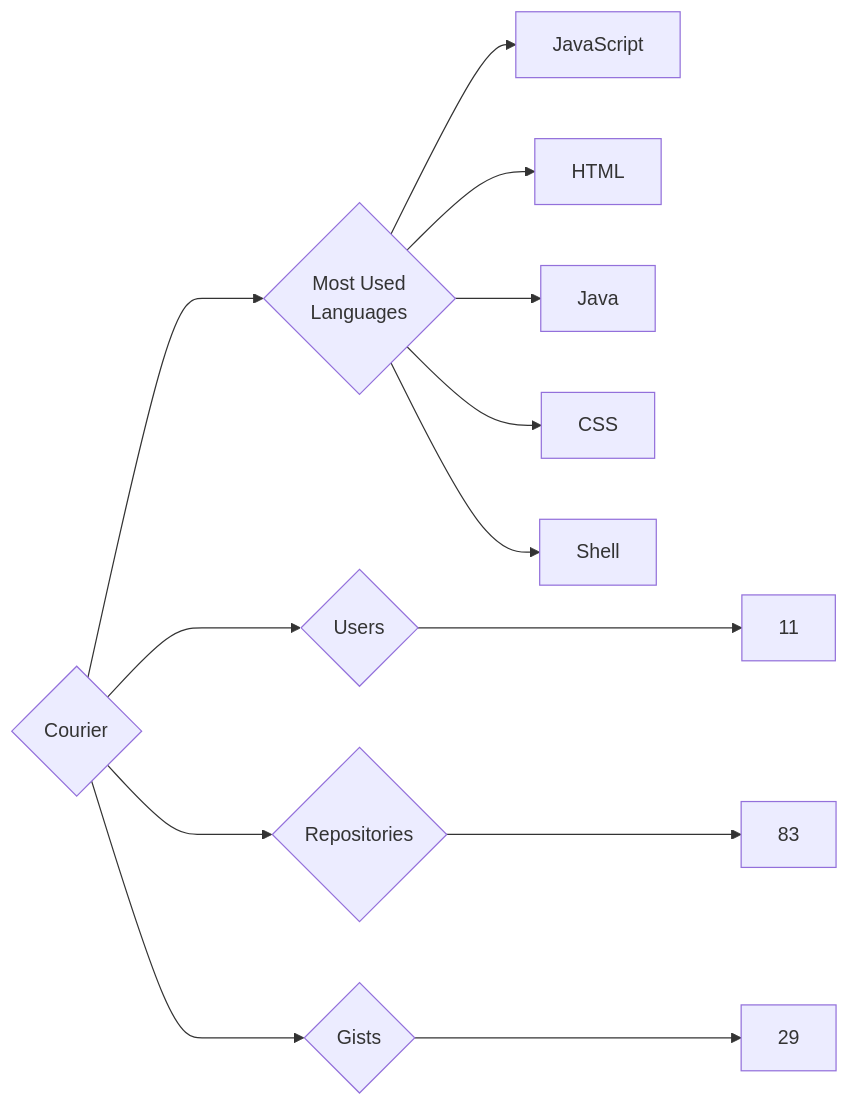
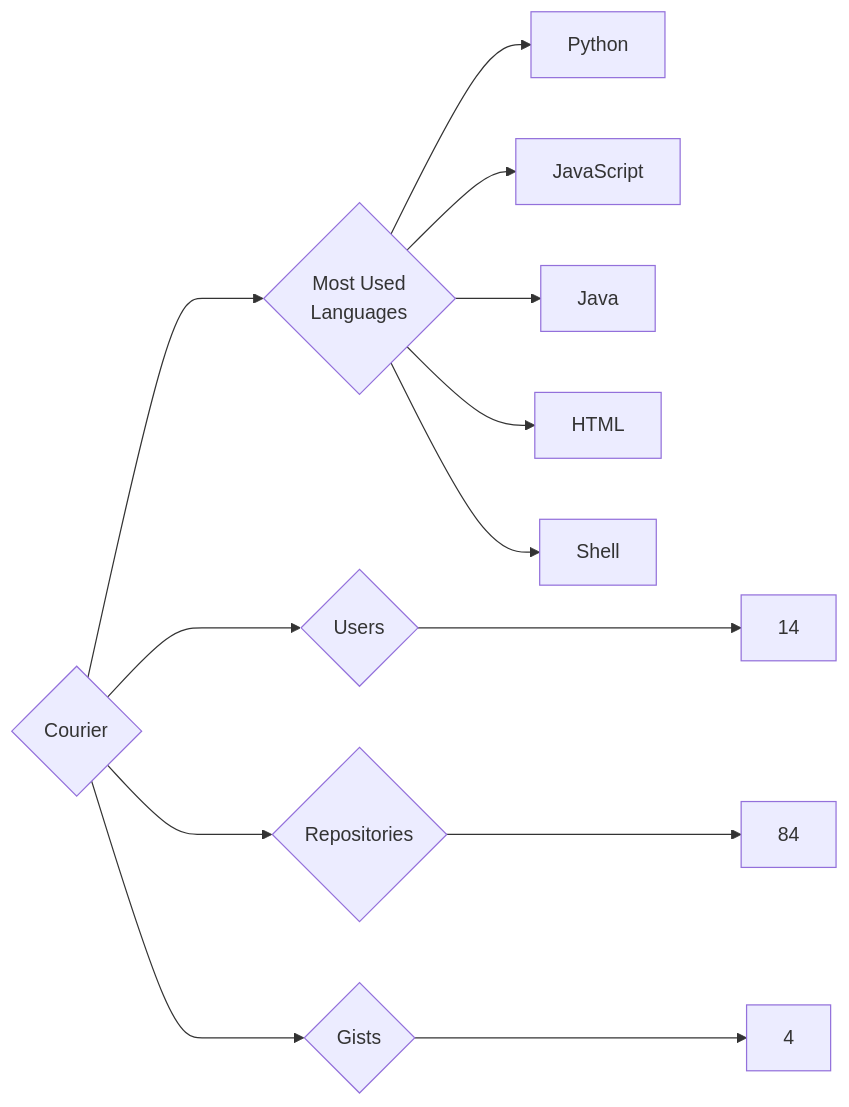
The diagram in targets/Courier/README.md (trickest/insiders), drawn with Mermaid before and after one commit. The commit also changed 847 other files, not shown here.

````diff
--- a/targets/Courier/README.md
+++ b/targets/Courier/README.md
@@ -3,13 +3,13 @@
 ```mermaid
 graph LR
 COMPANY_NAME{Courier}
-COMPANY_NAME ---> U{Users} ---> UN[11]
-COMPANY_NAME ---> R{Repositories} ---> RN[83]
-COMPANY_NAME ---> G{Gists} ---> GN[29]
+COMPANY_NAME ---> U{Users} ---> UN[14]
+COMPANY_NAME ---> R{Repositories} ---> RN[84]
+COMPANY_NAME ---> G{Gists} ---> GN[4]
 COMPANY_NAME ---> ML{Most Used<br>Languages}
+ML --> Python[Python]
 ML --> JavaScript[JavaScript]
+ML --> Java[Java]
 ML --> HTML[HTML]
-ML --> Java[Java]
-ML --> CSS[CSS]
 ML --> Shell[Shell]
 ```
````
